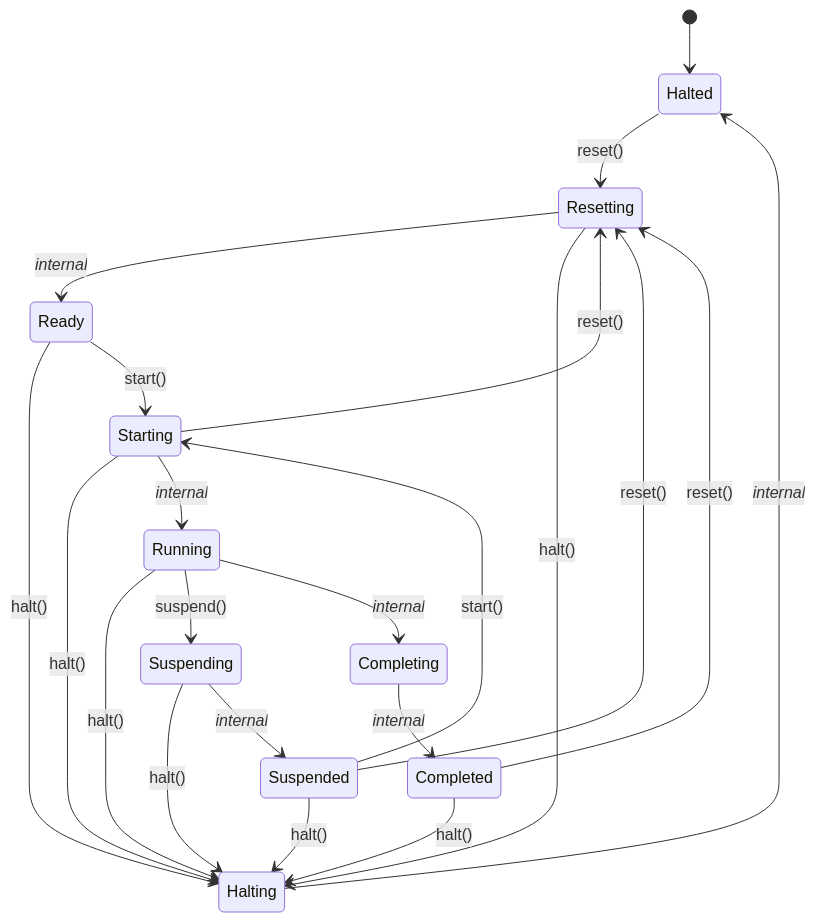
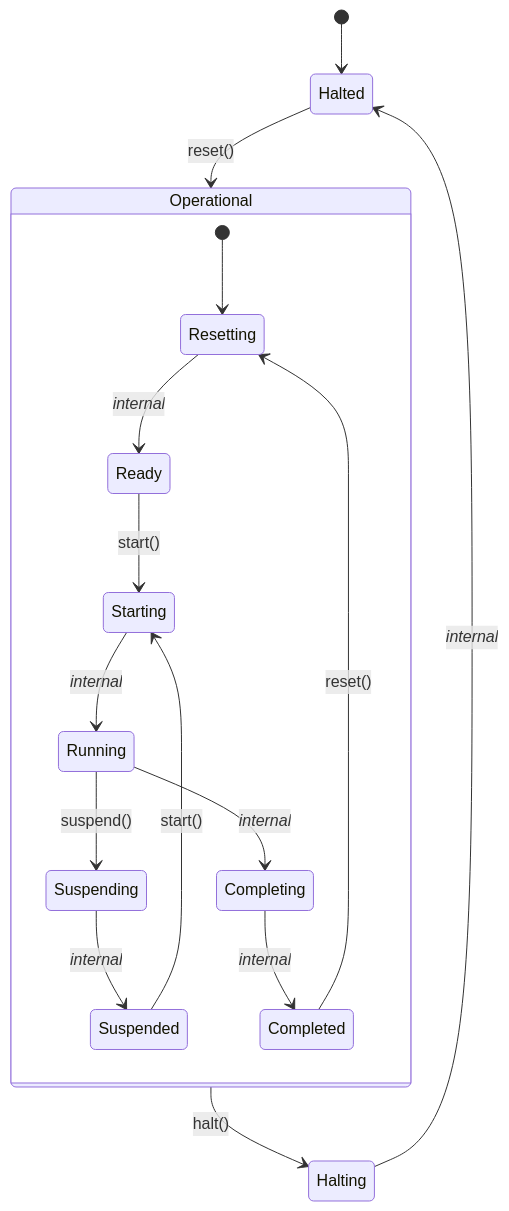
Before and after one commit to SmartFactory-KL/opensmi-server: the first of 2 diagrams in docs/skills.md, drawn with Mermaid. The commit also changed other lines of this file and 1 other file, not shown here.

````diff
--- a/docs/skills.md
+++ b/docs/skills.md
@@ -27,24 +27,20 @@
 ```mermaid
 stateDiagram-v2
     [*] --> Halted
-    Halted --> Resetting: reset()
-    Starting --> Resetting: reset()
-    Suspended --> Resetting: reset()
-    Completed --> Resetting: reset()
-    Resetting --> Ready: _internal_
-    Ready --> Halting: halt()
-    Running --> Halting: halt()
-    Suspended --> Halting: halt()
-    Starting --> Halting: halt()
-    Resetting --> Halting: halt()
-    Suspending --> Halting: halt()
-    Completed --> Halting: halt()
+    Halted --> Operational: reset()
+    Operational --> Halting: halt()
     Halting --> Halted: _internal_
-    Ready --> Starting: start()
-    Suspended --> Starting: start()
-    Starting --> Running: _internal_
-    Running --> Suspending: suspend()
-    Suspending --> Suspended: _internal_
-    Running --> Completing: _internal_
-    Completing --> Completed: _internal_
+
+    state Operational {
+        [*] --> Resetting
+        Resetting --> Ready: _internal_
+        Ready --> Starting: start()
+        Starting --> Running: _internal_
+        Running --> Suspending: suspend()
+        Suspending --> Suspended: _internal_
+        Suspended --> Starting: start()
+        Running --> Completing: _internal_
+        Completing --> Completed: _internal_
+        Completed --> Resetting: reset()
+    }
 ```
````
